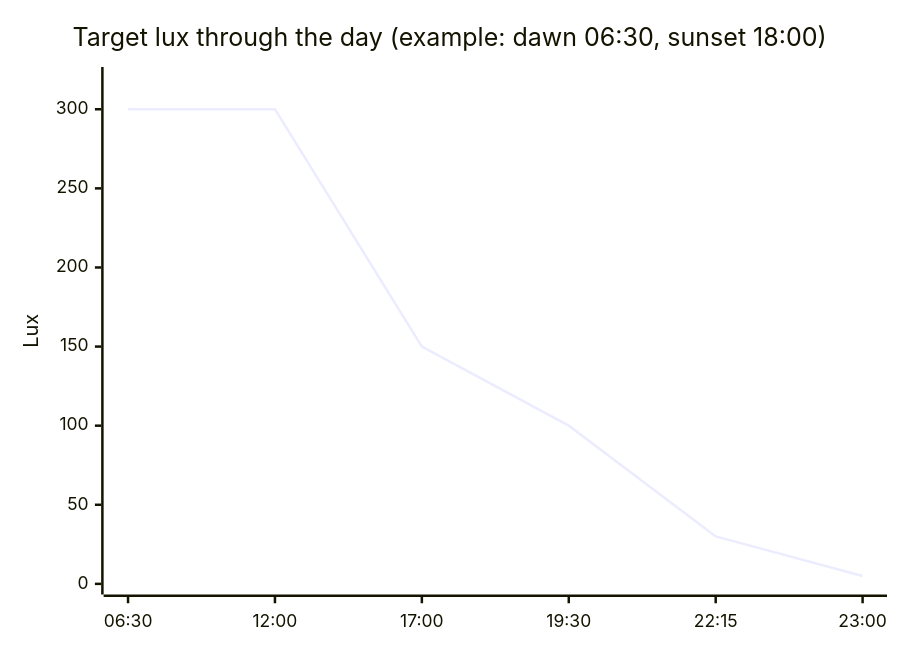
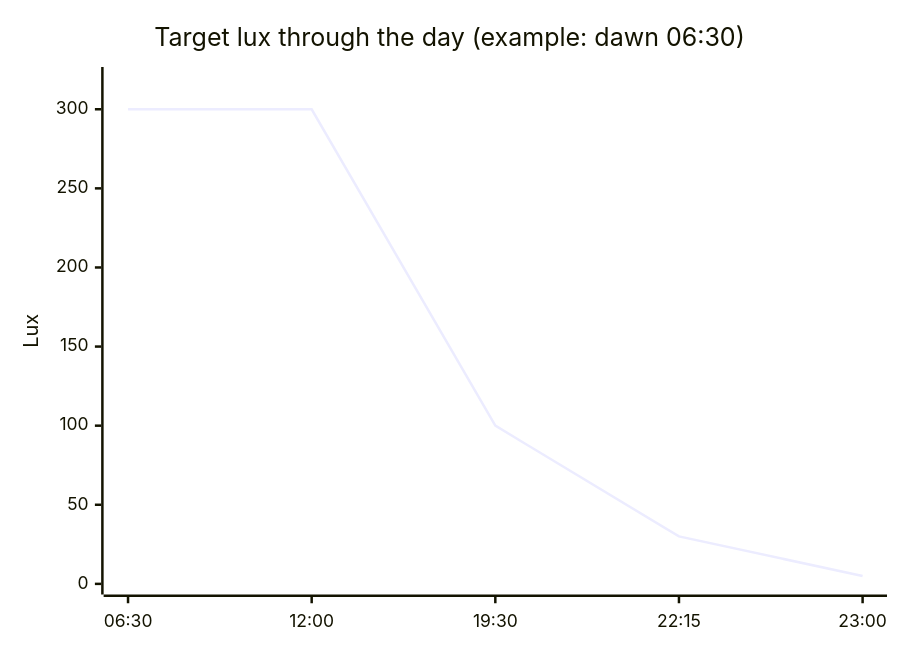
One commit to NickBorgers/home-automation changed the first of 2 diagrams in docs/flows/LUX_LIGHTING.md. Above: the diagram before and after it, drawn with Mermaid. The commit also changed other lines of this file and 3 other files, not shown here.

First line of the commit message:
Drive the evening lux curve from the schedule; allow day-phase presence boost (#1465)

````diff
--- a/docs/flows/LUX_LIGHTING.md
+++ b/docs/flows/LUX_LIGHTING.md
@@ -65,7 +64,7 @@
 ```mermaid
 xychart-beta
-    title "Target lux through the day (example: dawn 06:30, sunset 18:00)"
-    x-axis ["06:30", "12:00", "17:00", "19:30", "22:15", "23:00"]
+    title "Target lux through the day (example: dawn 06:30)"
+    x-axis ["06:30", "12:00", "19:30", "22:15", "23:00"]
     y-axis "Lux" 0 --> 320
-    line [300, 300, 150, 100, 30, 5]
+    line [300, 300, 100, 30, 5]
 ```
````
